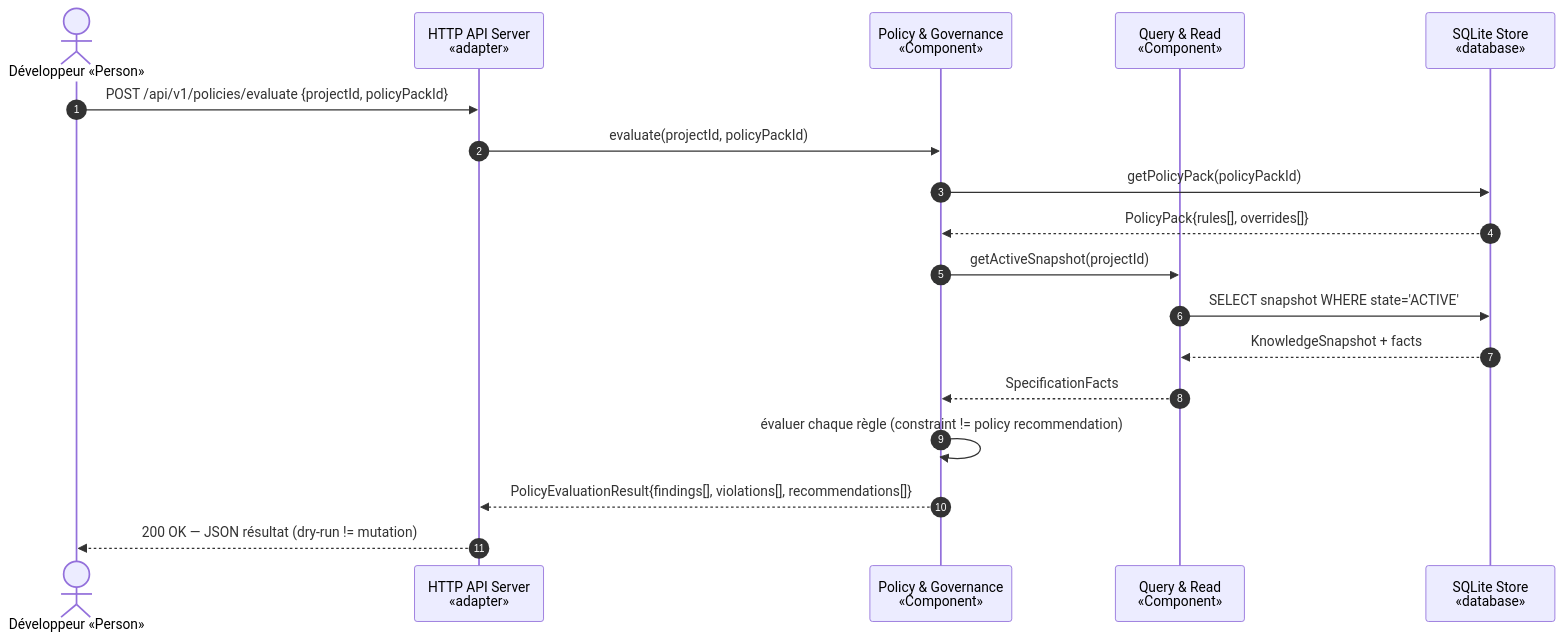
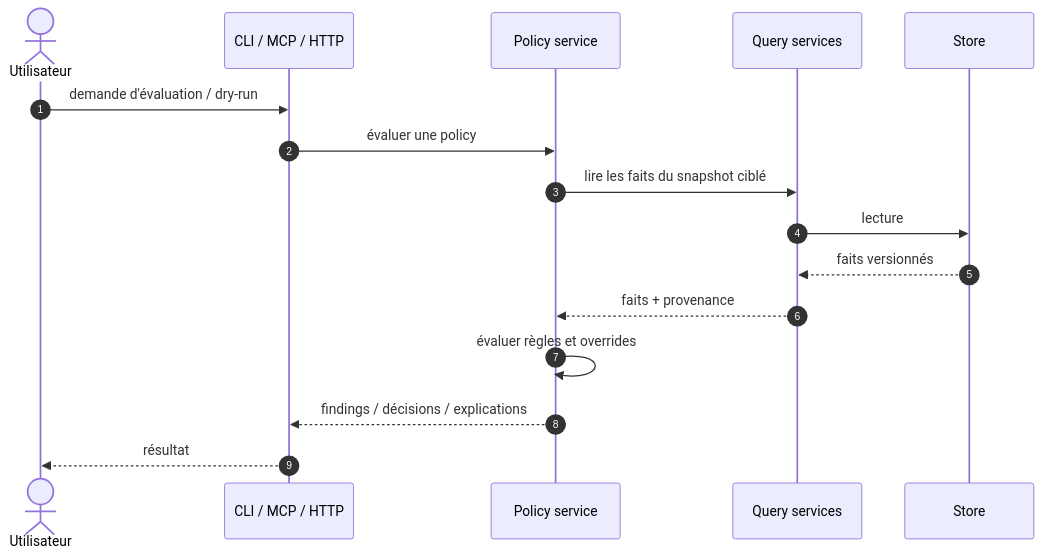
One commit to FTurleque/morpheus-engine changed the fourth of 5 diagrams in docs/architecture/arc42/06-vue-execution.md. Above: the diagram before and after it, drawn with Mermaid. The commit also changed other lines of this file, not shown here.

````diff
--- a/docs/architecture/arc42/06-vue-execution.md
+++ b/docs/architecture/arc42/06-vue-execution.md
@@ -129,21 +119,19 @@
 ```mermaid
 sequenceDiagram
   autonumber
-  actor Dev as Développeur «Person»
-  participant API as HTTP API Server<br/>«adapter»
-  participant AppPolicy as Policy & Governance<br/>«Component»
-  participant AppQuery as Query & Read<br/>«Component»
-  participant StoreDB as SQLite Store<br/>«database»
+  actor U as Utilisateur
+  participant S as CLI / MCP / HTTP
+  participant G as Policy service
+  participant Q as Query services
+  participant DB as Store
 
-  Dev->>API: POST /api/v1/policies/evaluate {projectId, policyPackId}
-  API->>AppPolicy: evaluate(projectId, policyPackId)
-  AppPolicy->>StoreDB: getPolicyPack(policyPackId)
-  StoreDB-->>AppPolicy: PolicyPack{rules[], overrides[]}
-  AppPolicy->>AppQuery: getActiveSnapshot(projectId)
-  AppQuery->>StoreDB: SELECT snapshot WHERE state='ACTIVE'
-  StoreDB-->>AppQuery: KnowledgeSnapshot + facts
-  AppQuery-->>AppPolicy: SpecificationFacts
-  AppPolicy->>AppPolicy: évaluer chaque règle (constraint != policy recommendation)
-  AppPolicy-->>API: PolicyEvaluationResult{findings[], violations[], recommendations[]}
-  API-->>Dev: 200 OK — JSON résultat (dry-run != mutation)
+  U->>S: demande d'évaluation / dry-run
+  S->>G: évaluer une policy
+  G->>Q: lire les faits du snapshot ciblé
+  Q->>DB: lecture
+  DB-->>Q: faits versionnés
+  Q-->>G: faits + provenance
+  G->>G: évaluer règles et overrides
+  G-->>S: findings / décisions / explications
+  S-->>U: résultat
 ```
````
